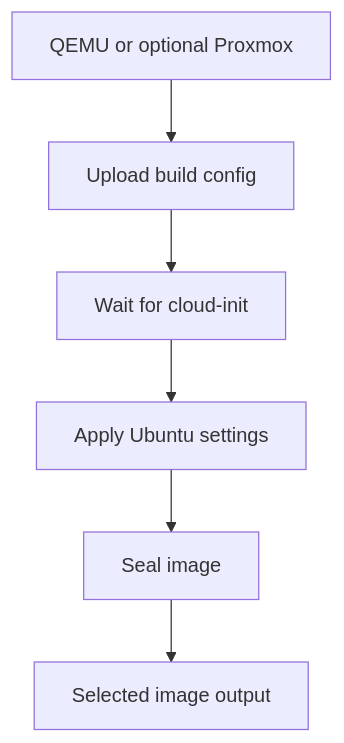
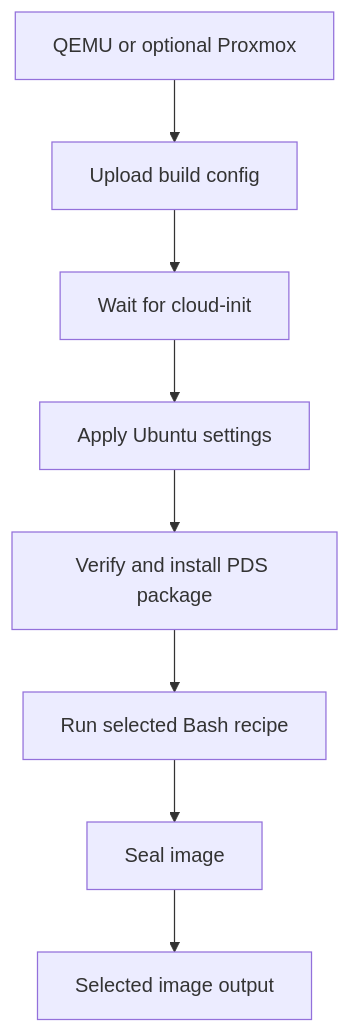
The diagram in docs/ubuntu/image-pipeline.md (vhco-pro/builders), drawn with Mermaid before and after one commit. The commit also changed other lines of this file and 5 other files, not shown here.

Commit message:
docs: explain image recipes package provenance and deployment users

````diff
--- a/docs/ubuntu/image-pipeline.md
+++ b/docs/ubuntu/image-pipeline.md
@@ -7,8 +7,10 @@
 ```mermaid
 flowchart TD
     Build["QEMU or optional Proxmox"] --> Upload["Upload build config"]
     Upload --> Wait["Wait for cloud-init"]
     Wait --> Configure["Apply Ubuntu settings"]
-    Configure --> Seal["Seal image"]
+    Configure --> Package["Verify and install PDS package"]
+    Package --> Recipe["Run selected Bash recipe"]
+    Recipe --> Seal["Seal image"]
     Seal --> Output["Selected image output"]
 ```
````
